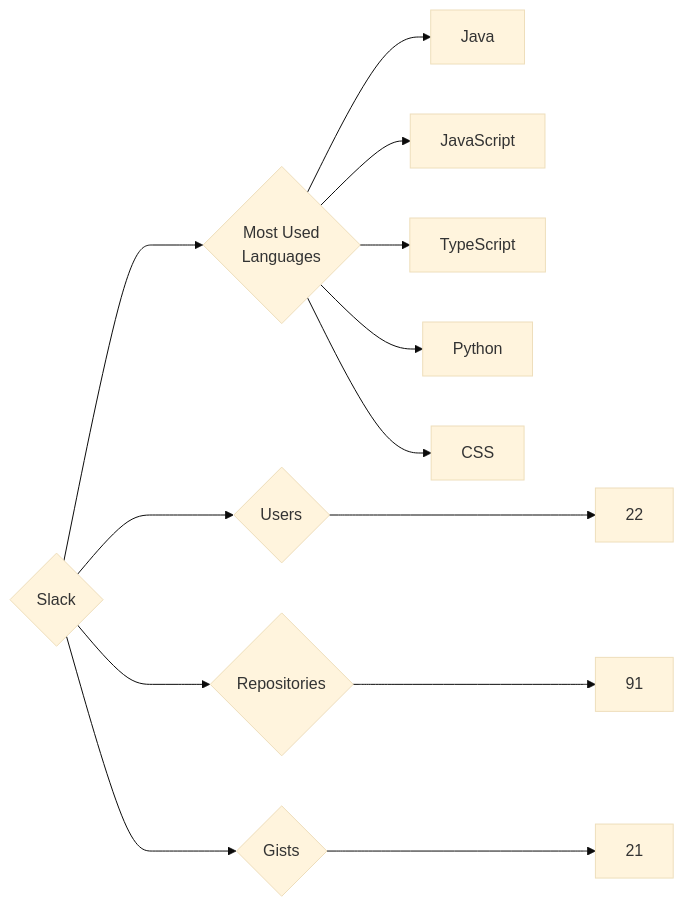
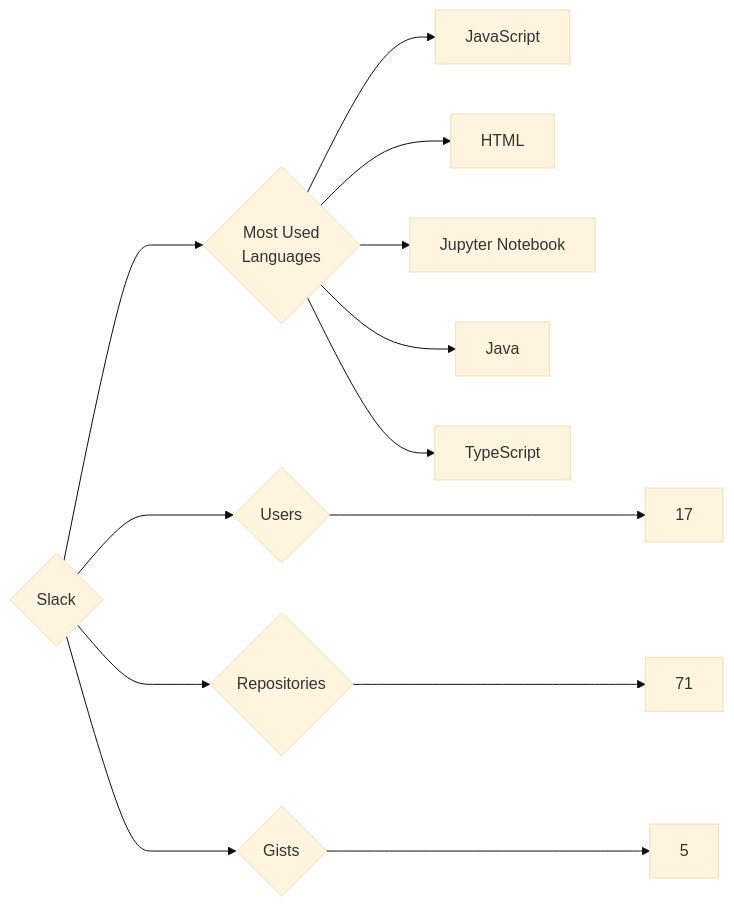
One commit to trickest/insiders changed the diagram in targets/Slack/README.md. Above: the diagram before and after it, drawn with Mermaid (base theme). The commit also changed 814 other files, not shown here.

````diff
--- a/targets/Slack/README.md
+++ b/targets/Slack/README.md
@@ -3,13 +3,13 @@
 ```mermaid
 graph LR
 COMPANY_NAME{Slack}
-COMPANY_NAME ---> U{Users} ---> UN[22]
-COMPANY_NAME ---> R{Repositories} ---> RN[91]
-COMPANY_NAME ---> G{Gists} ---> GN[21]
+COMPANY_NAME ---> U{Users} ---> UN[17]
+COMPANY_NAME ---> R{Repositories} ---> RN[71]
+COMPANY_NAME ---> G{Gists} ---> GN[5]
 COMPANY_NAME ---> ML{Most Used<br>Languages}
+ML --> JavaScript[JavaScript]
+ML --> HTML[HTML]
+ML --> Jupyter_Notebook[Jupyter Notebook]
 ML --> Java[Java]
-ML --> JavaScript[JavaScript]
 ML --> TypeScript[TypeScript]
-ML --> Python[Python]
-ML --> CSS[CSS]
 ```
````
